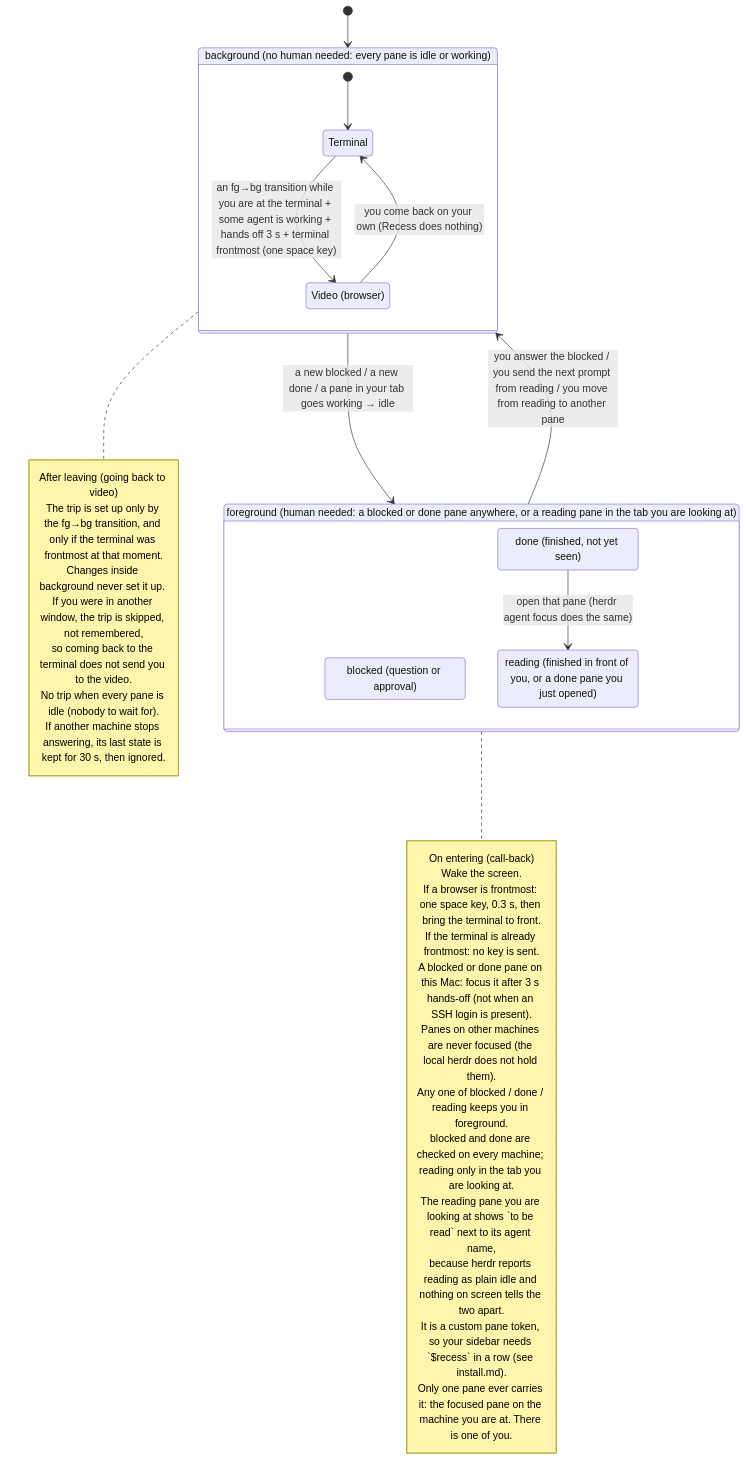
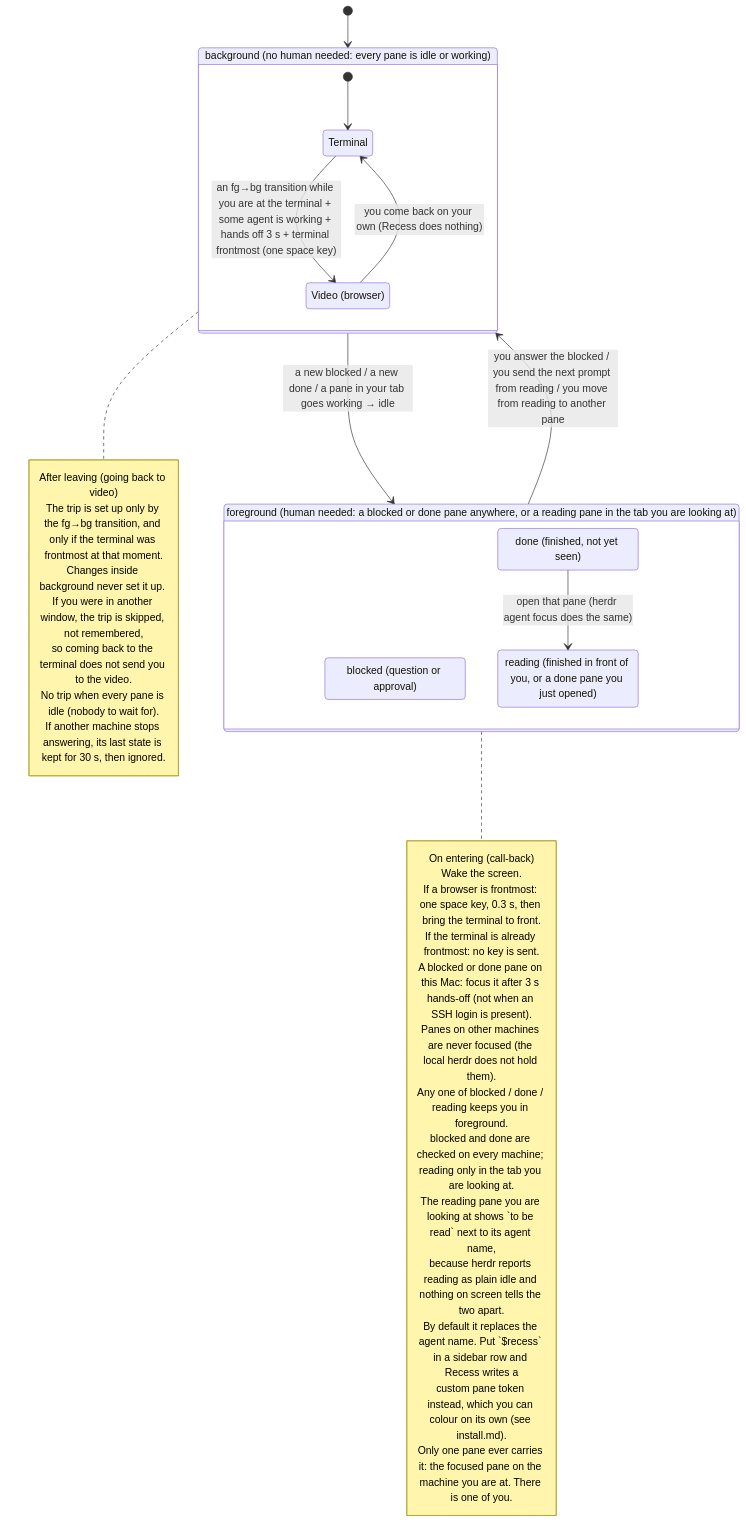
One commit to tatsuro-ueda/recess changed the first of 2 diagrams in docs/spec.md. Above: the diagram before and after it, drawn with Mermaid. The commit also changed other lines of this file and 3 other files, not shown here.

````diff
--- a/docs/spec.md
+++ b/docs/spec.md
@@ -11,47 +11,48 @@
 ```mermaid
 stateDiagram-v2
     direction TB
 
     state "background (no human needed: every pane is idle or working)" as bg {
         state "Terminal" as term
         state "Video (browser)" as nf
         [*] --> term
         term --> nf : an fg→bg transition while you are at the terminal + some agent is working + hands off 3 s + terminal frontmost (one space key)
         nf --> term : you come back on your own (Recess does nothing)
     }
 
     state "foreground (human needed: a blocked or done pane anywhere, or a reading pane in the tab you are looking at)" as fg {
         state "blocked (question or approval)" as blocked
         state "done (finished, not yet seen)" as done
         state "reading (finished in front of you, or a done pane you just opened)" as reading
         done --> reading : open that pane (herdr agent focus does the same)
     }
 
     [*] --> bg
     bg --> fg : a new blocked / a new done / a pane in your tab goes working → idle
     fg --> bg : you answer the blocked / you send the next prompt from reading / you move from reading to another pane
 
     note right of fg
         On entering (call-back)
         Wake the screen.
         If a browser is frontmost: one space key, 0.3 s, then bring the terminal to front.
         If the terminal is already frontmost: no key is sent.
         A blocked or done pane on this Mac: focus it after 3 s hands-off (not when an SSH login is present).
         Panes on other machines are never focused (the local herdr does not hold them).
         Any one of blocked / done / reading keeps you in foreground.
         blocked and done are checked on every machine; reading only in the tab you are looking at.
         The reading pane you are looking at shows `to be read` next to its agent name,
         because herdr reports reading as plain idle and nothing on screen tells the two apart.
-        It is a custom pane token, so your sidebar needs `$recess` in a row (see install.md).
+        By default it replaces the agent name. Put `$recess` in a sidebar row and Recess writes a
+        custom pane token instead, which you can colour on its own (see install.md).
         Only one pane ever carries it: the focused pane on the machine you are at. There is one of you.
     end note
 
     note right of bg
         After leaving (going back to video)
         The trip is set up only by the fg→bg transition, and only if the terminal was frontmost at that moment.
         Changes inside background never set it up. If you were in another window, the trip is skipped, not remembered,
         so coming back to the terminal does not send you to the video.
         No trip when every pane is idle (nobody to wait for).
         If another machine stops answering, its last state is kept for 30 s, then ignored.
     end note
 ```
````
